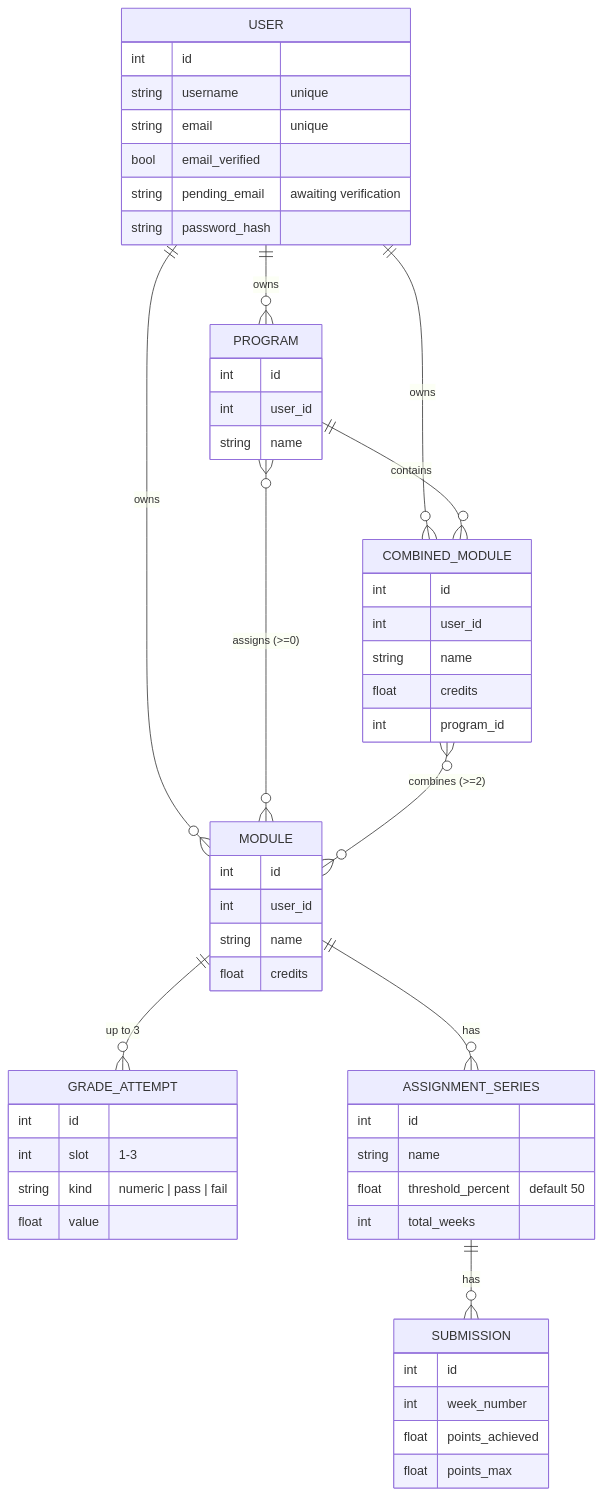
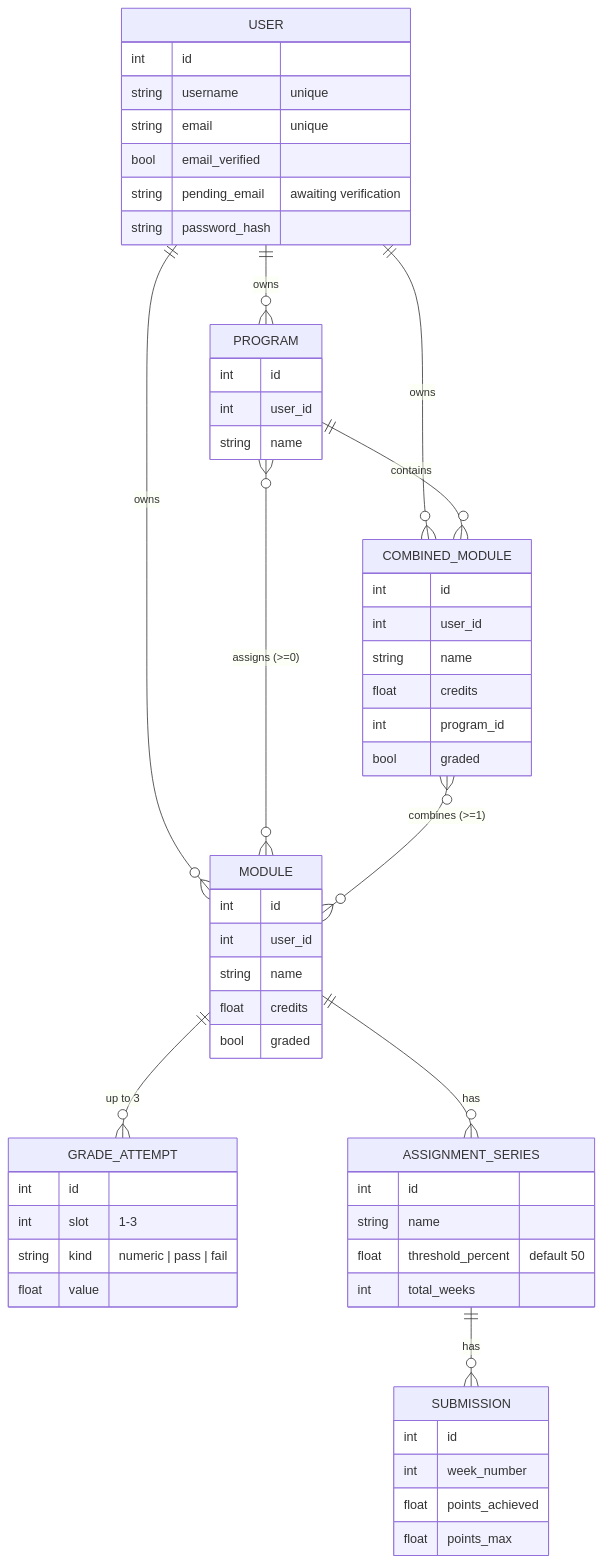
Before and after one commit to maximilianstarp/GradeTracker: the second of 2 diagrams in README.md, drawn with Mermaid. The commit also changed other lines of this file and 2 other files, not shown here.

````diff
--- a/README.md
+++ b/README.md
@@ -82,57 +90,59 @@
 ```mermaid
 erDiagram
     USER ||--o{ PROGRAM : owns
     USER ||--o{ MODULE : owns
     USER ||--o{ COMBINED_MODULE : owns
     PROGRAM }o--o{ MODULE : "assigns (>=0)"
     PROGRAM ||--o{ COMBINED_MODULE : contains
     MODULE ||--o{ GRADE_ATTEMPT : "up to 3"
     MODULE ||--o{ ASSIGNMENT_SERIES : has
     ASSIGNMENT_SERIES ||--o{ SUBMISSION : has
-    COMBINED_MODULE }o--o{ MODULE : "combines (>=2)"
+    COMBINED_MODULE }o--o{ MODULE : "combines (>=1)"
 
     USER {
         int id
         string username "unique"
         string email "unique"
         bool email_verified
         string pending_email "awaiting verification"
         string password_hash
     }
     PROGRAM {
         int id
         int user_id
         string name
     }
     MODULE {
         int id
         int user_id
         string name
         float credits
+        bool graded
     }
     GRADE_ATTEMPT {
         int id
         int slot "1-3"
         string kind "numeric | pass | fail"
         float value
     }
     ASSIGNMENT_SERIES {
         int id
         string name
         float threshold_percent "default 50"
         int total_weeks
     }
     SUBMISSION {
         int id
         int week_number
         float points_achieved
         float points_max
     }
     COMBINED_MODULE {
         int id
         int user_id
         string name
         float credits
         int program_id
+        bool graded
     }
 ```
````
